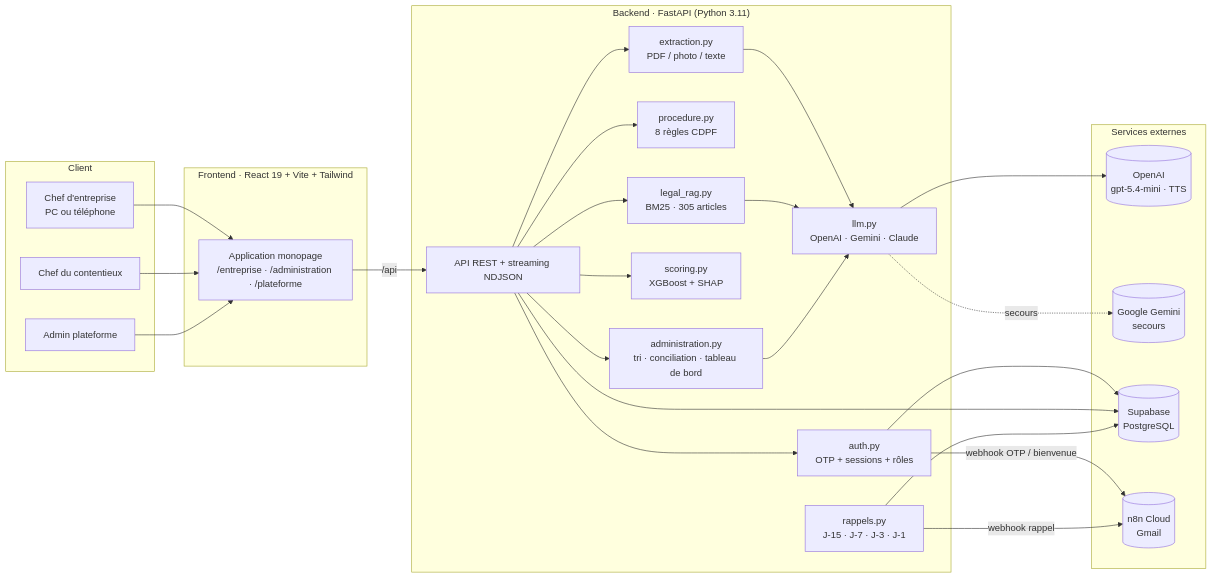
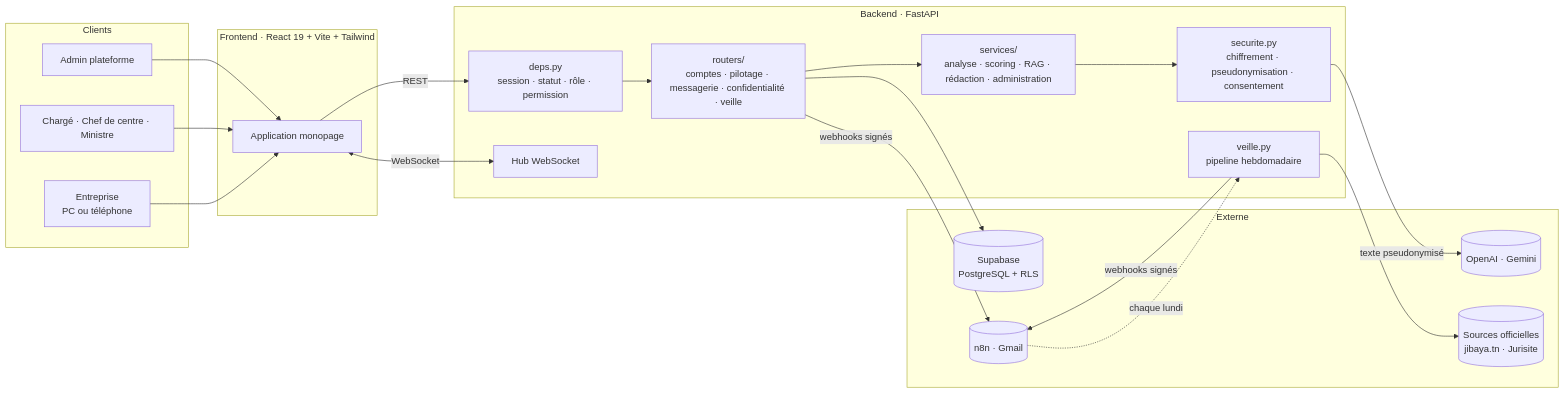
One commit to EyaAzzabi/Jiser-code changed the first of 5 diagrams in docs/ARCHITECTURE.md. Above: the diagram before and after it, drawn with Mermaid. The commit also changed other lines of this file and 79 other files, not shown here.

````diff
--- a/docs/ARCHITECTURE.md
+++ b/docs/ARCHITECTURE.md
@@ -40,40 +45,32 @@
 ```mermaid
 flowchart LR
-    subgraph Client
-        U1[Chef d'entreprise<br/>PC ou téléphone]
-        U2[Chef du contentieux]
-        U3[Admin plateforme]
+    subgraph Clients
+        E[Entreprise<br/>PC ou téléphone]
+        A[Chargé · Chef de centre · Ministre]
+        P[Admin plateforme]
     end
-
     subgraph Frontend["Frontend · React 19 + Vite + Tailwind"]
-        SPA[Application monopage<br/>/entreprise · /administration · /plateforme]
+        SPA[Application monopage]
     end
-
-    subgraph Backend["Backend · FastAPI (Python 3.11)"]
-        API[API REST + streaming NDJSON]
-        AUTH[auth.py<br/>OTP + sessions + rôles]
-        EXT[extraction.py<br/>PDF / photo / texte]
-        PROC[procedure.py<br/>8 règles CDPF]
-        RAG[legal_rag.py<br/>BM25 · 305 articles]
-        ML[scoring.py<br/>XGBoost + SHAP]
-        LLM[llm.py<br/>OpenAI · Gemini · Claude]
-        ADM[administration.py<br/>tri · conciliation · tableau de bord]
-        RAP[rappels.py<br/>J-15 · J-7 · J-3 · J-1]
+    subgraph Backend["Backend · FastAPI"]
+        DEP[deps.py<br/>session · statut · rôle · permission]
+        RT[routers/<br/>comptes · pilotage · messagerie · confidentialité · veille]
+        SV[services/<br/>analyse · scoring · RAG · rédaction · administration]
+        SEC[securite.py<br/>chiffrement · pseudonymisation · consentement]
+        HUB[Hub WebSocket]
+        VEI[veille.py<br/>pipeline hebdomadaire]
     end
-
-    subgraph Externe["Services externes"]
-        OAI[(OpenAI<br/>gpt-5.4-mini · TTS)]
-        GEM[(Google Gemini<br/>secours)]
-        SB[(Supabase<br/>PostgreSQL)]
-        N8N[(n8n Cloud<br/>Gmail)]
+    subgraph Externe
+        OAI[(OpenAI · Gemini)]
+        SB[(Supabase<br/>PostgreSQL + RLS)]
+        N8N[(n8n · Gmail)]
+        SRC[(Sources officielles<br/>jibaya.tn · Jurisite)]
     end
-
-    U1 & U2 & U3 --> SPA -->|/api| API
-    API --> AUTH & EXT & PROC & RAG & ML & ADM
-    EXT & RAG & ADM --> LLM
-    LLM --> OAI
-    LLM -.secours.-> GEM
-    AUTH & API & RAP --> SB
-    AUTH -->|webhook OTP / bienvenue| N8N
-    RAP -->|webhook rappel| N8N
+    E & A & P --> SPA -->|REST| DEP --> RT --> SV
+    SPA <-->|WebSocket| HUB
+    SV --> SEC -->|texte pseudonymisé| OAI
+    RT --> SB
+    RT & VEI -->|webhooks signés| N8N
+    VEI --> SRC
+    N8N -.->|chaque lundi| VEI
 ```
````
